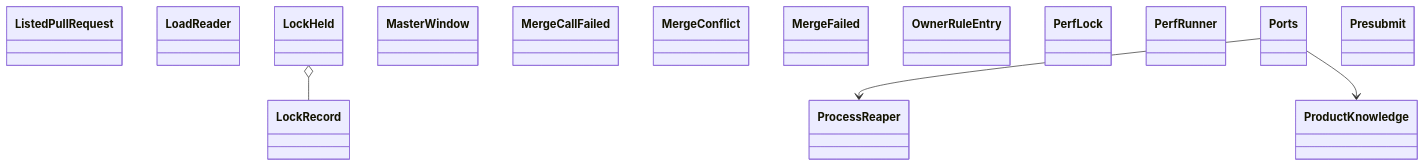
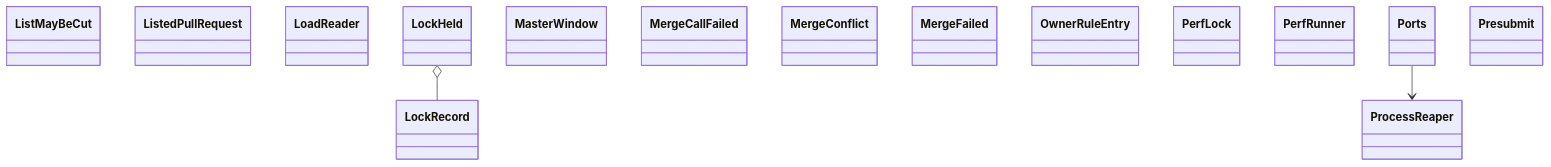
Before and after one commit to GonzaloZevallos/agentic-system: the diagram in docs/architecture/generated/classes-process-application-support-4.md, drawn with Mermaid. The commit also changed other lines of this file and 22 other files, not shown here.

First line of the commit message:
Split an adapter kind's package page by count when it is over the diagram budget; register GithubCache in the conformance inventory

````diff
--- a/docs/architecture/generated/classes-process-application-support-4.md
+++ b/docs/architecture/generated/classes-process-application-support-4.md
@@ -20,21 +20,20 @@
 ```mermaid
 classDiagram
+    class ports__ListMayBeCut["ListMayBeCut"]
     class ports__ListedPullRequest["ListedPullRequest"]
     class ports__LoadReader["LoadReader"]
     class ports__LockHeld["LockHeld"]
     class ports__LockRecord["LockRecord"]
     class ports__MasterWindow["MasterWindow"]
     class ports__MergeCallFailed["MergeCallFailed"]
     class ports__MergeConflict["MergeConflict"]
     class ports__MergeFailed["MergeFailed"]
     class ports__OwnerRuleEntry["OwnerRuleEntry"]
     class ports__PerfLock["PerfLock"]
     class ports__PerfRunner["PerfRunner"]
     class ports__Ports["Ports"]
     class ports__Presubmit["Presubmit"]
     class ports__ProcessReaper["ProcessReaper"]
-    class ports__ProductKnowledge["ProductKnowledge"]
     ports__LockHeld o-- ports__LockRecord
     ports__Ports --> ports__ProcessReaper
-    ports__Ports --> ports__ProductKnowledge
 ```
````
